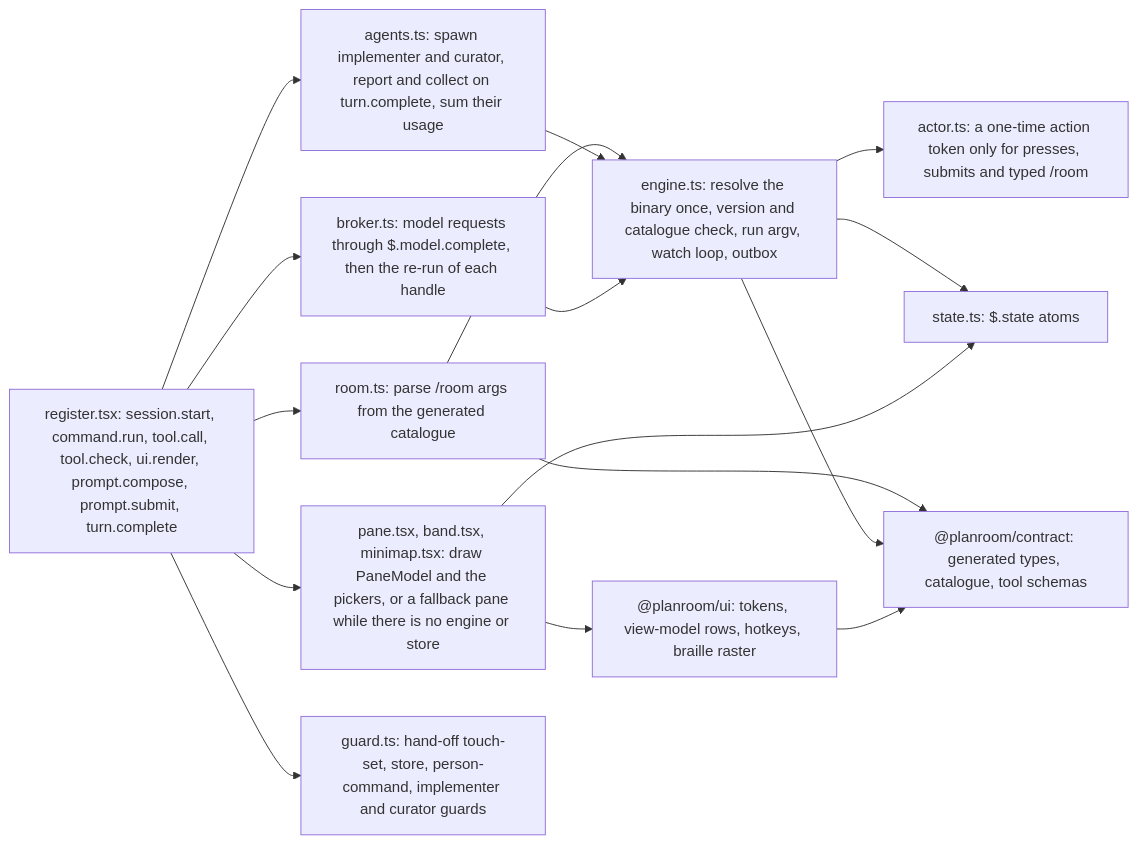
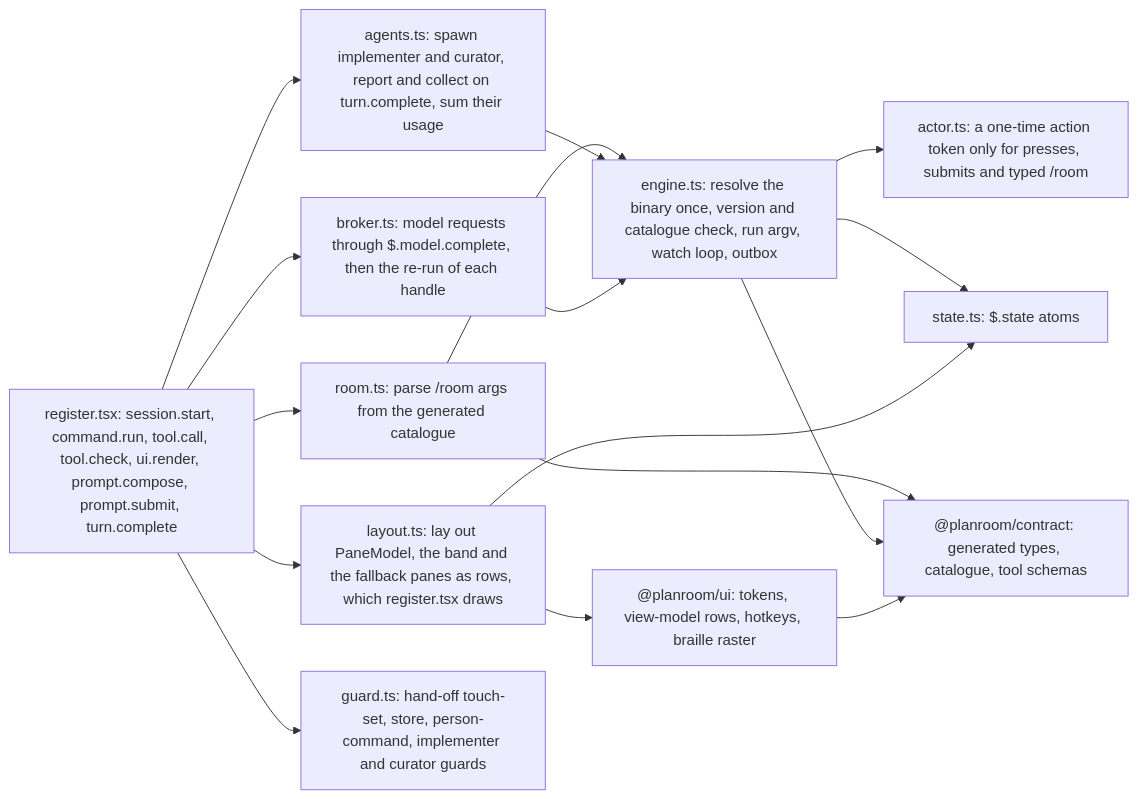
Before and after one commit to doodla/planroom: the fourth of 7 diagrams in docs/contributing/architecture.md, drawn with Mermaid. The commit also changed other lines of this file and 46 other files, not shown here.

````diff
--- a/docs/contributing/architecture.md
+++ b/docs/contributing/architecture.md
@@ -206,29 +206,29 @@
 ```mermaid
 flowchart LR
   reg["register.tsx: session.start, command.run, tool.call, tool.check, ui.render, prompt.compose, prompt.submit, turn.complete"]
   eng["engine.ts: resolve the binary once, version and catalogue check, run argv, watch loop, outbox"]
   actor["actor.ts: a one-time action token only for presses, submits and typed /room"]
   broker["broker.ts: model requests through $.model.complete, then the re-run of each handle"]
   room["room.ts: parse /room args from the generated catalogue"]
-  views["pane.tsx, band.tsx, minimap.tsx: draw PaneModel and the pickers, or a fallback pane while there is no engine or store"]
+  views["layout.ts: lay out PaneModel, the band and the fallback panes as rows, which register.tsx draws"]
   agents["agents.ts: spawn implementer and curator, report and collect on turn.complete, sum their usage"]
   guard["guard.ts: hand-off touch-set, store, person-command, implementer and curator guards"]
   state["state.ts: $.state atoms"]
   ui["@planroom/ui: tokens, view-model rows, hotkeys, braille raster"]
   gen["@planroom/contract: generated types, catalogue, tool schemas"]
   reg --> room
   reg --> views
   reg --> agents
   reg --> guard
   reg --> broker
   room --> eng
   agents --> eng
   broker --> eng
   eng --> actor
   eng --> state
   views --> state
   views --> ui
   room --> gen
   eng --> gen
   ui --> gen
 ```
````
